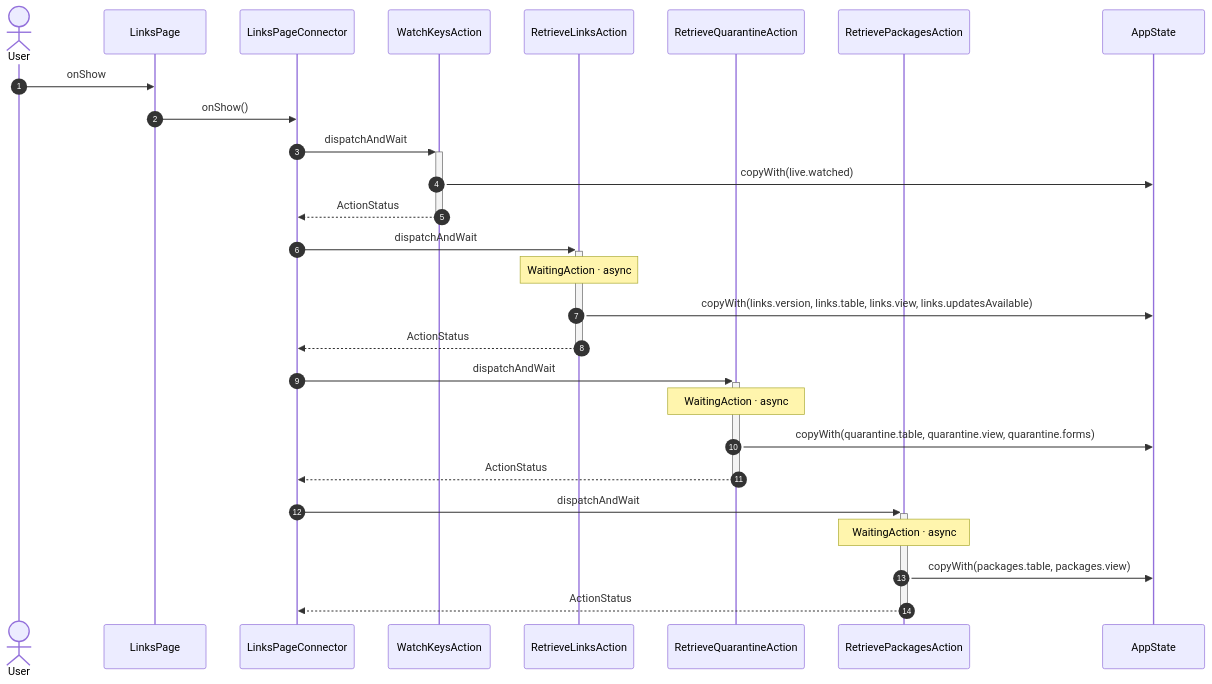
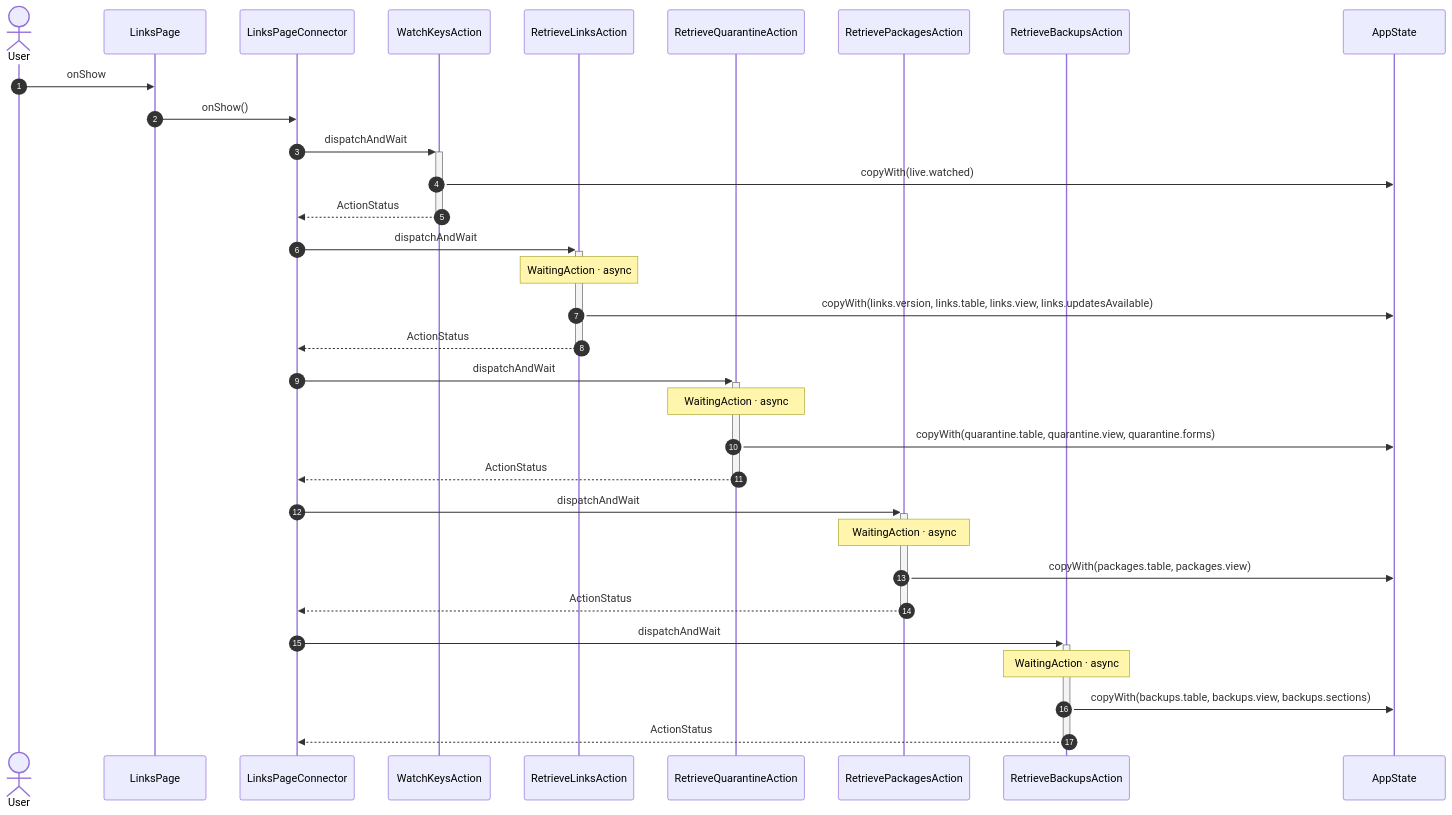
Before and after one commit to gencto/wyrm: the third of 9 diagrams in studio/docs/flows/links.md, drawn with Mermaid. The commit also changed other lines of this file and 43 other files, not shown here.

````diff
--- a/studio/docs/flows/links.md
+++ b/studio/docs/flows/links.md
@@ -53,30 +53,35 @@
 ```mermaid
 sequenceDiagram
     autonumber
     actor User
     participant UI as LinksPage
     participant VM as LinksPageConnector
     participant A1 as WatchKeysAction
     participant A2 as RetrieveLinksAction
     participant A3 as RetrieveQuarantineAction
     participant A4 as RetrievePackagesAction
+    participant A5 as RetrieveBackupsAction
     participant ST as AppState
 
     User->>UI: onShow
     UI->>VM: onShow()
     VM->>+A1: dispatchAndWait
     A1->>ST: copyWith(live.watched)
     A1-->>-VM: ActionStatus
     VM->>+A2: dispatchAndWait
     Note over A2: WaitingAction · async
     A2->>ST: copyWith(links.version, links.table, links.view, links.updatesAvailable)
     A2-->>-VM: ActionStatus
     VM->>+A3: dispatchAndWait
     Note over A3: WaitingAction · async
     A3->>ST: copyWith(quarantine.table, quarantine.view, quarantine.forms)
     A3-->>-VM: ActionStatus
     VM->>+A4: dispatchAndWait
     Note over A4: WaitingAction · async
     A4->>ST: copyWith(packages.table, packages.view)
     A4-->>-VM: ActionStatus
+    VM->>+A5: dispatchAndWait
+    Note over A5: WaitingAction · async
+    A5->>ST: copyWith(backups.table, backups.view, backups.sections)
+    A5-->>-VM: ActionStatus
 ```
````
